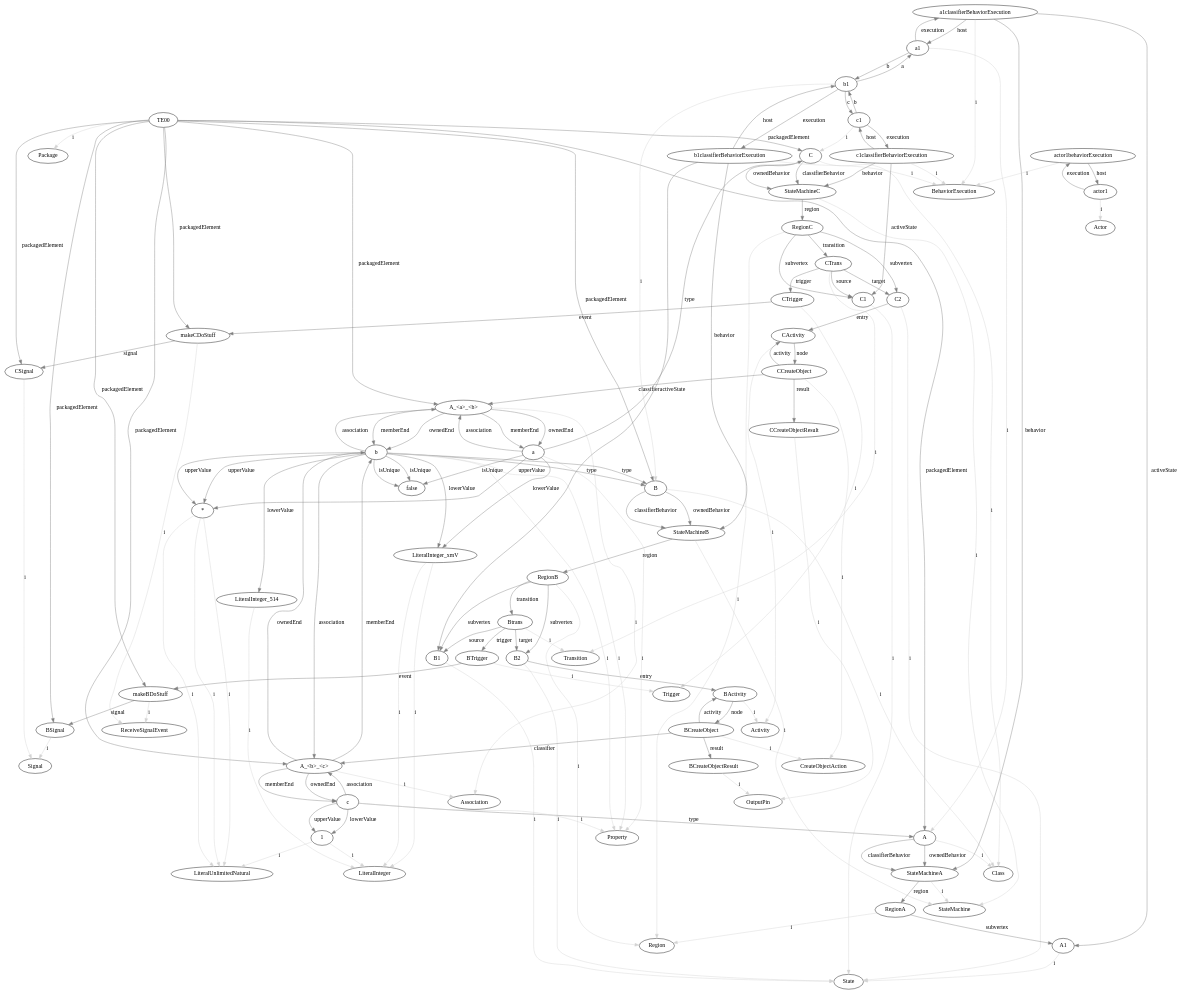
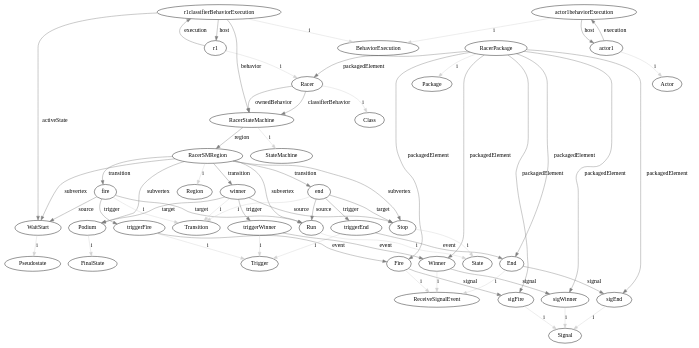
The diagram in GraphOutputs/state0.dot (luisneiva/graf-framework), drawn with Graphviz before and after one commit. The commit also changed 13 other files, not shown here.

```diff
--- a/GraphOutputs/state0.dot
+++ b/GraphOutputs/state0.dot
@@ -1,143 +1,64 @@
 digraph umlMetamodel {
-	"TE00" -> "Package" [label="i", color="lightgrey"]
-	"TE00" -> "C" [label="packagedElement", color="grey"]
-	"C" -> "Class" [label="i", color="lightgrey"]
-	"C" -> "StateMachineC" [label="classifierBehavior", color="grey"]
-	"C" -> "StateMachineC" [label="ownedBehavior", color="grey"]
-	"StateMachineC" -> "StateMachine" [label="i", color="lightgrey"]
-	"StateMachineC" -> "RegionC" [label="region", color="grey"]
-	"RegionC" -> "Region" [label="i", color="lightgrey"]
-	"RegionC" -> "C1" [label="subvertex", color="grey"]
-	"C1" -> "State" [label="i", color="lightgrey"]
-	"RegionC" -> "C2" [label="subvertex", color="grey"]
-	"C2" -> "State" [label="i", color="lightgrey"]
-	"C2" -> "CActivity" [label="entry", color="grey"]
-	"CActivity" -> "Activity" [label="i", color="lightgrey"]
-	"CActivity" -> "CCreateObject" [label="node", color="grey"]
-	"CCreateObject" -> "CActivity" [label="activity", color="grey"]
-	"CCreateObject" -> "CreateObjectAction" [label="i", color="lightgrey"]
-	"CCreateObject" -> "A_<a>_<b>" [label="classifier", color="grey"]
-	"CCreateObject" -> "CCreateObjectResult" [label="result", color="grey"]
-	"CCreateObjectResult" -> "OutputPin" [label="i", color="lightgrey"]
-	"RegionC" -> "CTrans" [label="transition", color="grey"]
-	"CTrans" -> "Transition" [label="i", color="lightgrey"]
-	"CTrans" -> "C1" [label="source", color="grey"]
-	"CTrans" -> "C2" [label="target", color="grey"]
-	"CTrans" -> "CTrigger" [label="trigger", color="grey"]
-	"CTrigger" -> "Trigger" [label="i", color="lightgrey"]
-	"CTrigger" -> "makeCDoStuff" [label="event", color="grey"]
-	"TE00" -> "B" [label="packagedElement", color="grey"]
-	"B" -> "Class" [label="i", color="lightgrey"]
-	"B" -> "StateMachineB" [label="classifierBehavior", color="grey"]
-	"B" -> "StateMachineB" [label="ownedBehavior", color="grey"]
-	"StateMachineB" -> "StateMachine" [label="i", color="lightgrey"]
-	"StateMachineB" -> "RegionB" [label="region", color="grey"]
-	"RegionB" -> "Region" [label="i", color="lightgrey"]
-	"RegionB" -> "B1" [label="subvertex", color="grey"]
-	"B1" -> "State" [label="i", color="lightgrey"]
-	"RegionB" -> "B2" [label="subvertex", color="grey"]
-	"B2" -> "State" [label="i", color="lightgrey"]
-	"B2" -> "BActivity" [label="entry", color="grey"]
-	"BActivity" -> "Activity" [label="i", color="lightgrey"]
-	"BActivity" -> "BCreateObject" [label="node", color="grey"]
-	"BCreateObject" -> "BActivity" [label="activity", color="grey"]
-	"BCreateObject" -> "CreateObjectAction" [label="i", color="lightgrey"]
-	"BCreateObject" -> "A_<b>_<c>" [label="classifier", color="grey"]
-	"BCreateObject" -> "BCreateObjectResult" [label="result", color="grey"]
-	"BCreateObjectResult" -> "OutputPin" [label="i", color="lightgrey"]
-	"RegionB" -> "Btrans" [label="transition", color="grey"]
-	"Btrans" -> "Transition" [label="i", color="lightgrey"]
-	"Btrans" -> "B1" [label="source", color="grey"]
-	"Btrans" -> "B2" [label="target", color="grey"]
-	"Btrans" -> "BTrigger" [label="trigger", color="grey"]
-	"BTrigger" -> "Trigger" [label="i", color="lightgrey"]
-	"BTrigger" -> "makeBDoStuff" [label="event", color="grey"]
-	"TE00" -> "A" [label="packagedElement", color="grey"]
-	"A" -> "Class" [label="i", color="lightgrey"]
-	"A" -> "StateMachineA" [label="classifierBehavior", color="grey"]
-	"A" -> "StateMachineA" [label="ownedBehavior", color="grey"]
-	"StateMachineA" -> "StateMachine" [label="i", color="lightgrey"]
-	"StateMachineA" -> "RegionA" [label="region", color="grey"]
-	"RegionA" -> "Region" [label="i", color="lightgrey"]
-	"RegionA" -> "A1" [label="subvertex", color="grey"]
-	"A1" -> "State" [label="i", color="lightgrey"]
-	"TE00" -> "A_<a>_<b>" [label="packagedElement", color="grey"]
-	"A_<a>_<b>" -> "Association" [label="i", color="lightgrey"]
-	"A_<a>_<b>" -> "a" [label="memberEnd", color="grey"]
-	"A_<a>_<b>" -> "b" [label="memberEnd", color="grey"]
-	"A_<a>_<b>" -> "a" [label="ownedEnd", color="grey"]
-	"a" -> "Property" [label="i", color="lightgrey"]
-	"a" -> "C" [label="type", color="grey"]
-	"a" -> "false" [label="isUnique", color="grey"]
-	"a" -> "A_<a>_<b>" [label="association", color="grey"]
-	"a" -> "*" [label="upperValue", color="grey"]
-	"*" -> "LiteralUnlimitedNatural" [label="i", color="lightgrey"]
-	"a" -> "LiteralInteger_xmV" [label="lowerValue", color="grey"]
-	"LiteralInteger_xmV" -> "LiteralInteger" [label="i", color="lightgrey"]
-	"A_<a>_<b>" -> "b" [label="ownedEnd", color="grey"]
-	"b" -> "Property" [label="i", color="lightgrey"]
-	"b" -> "B" [label="type", color="grey"]
-	"b" -> "false" [label="isUnique", color="grey"]
-	"b" -> "A_<a>_<b>" [label="association", color="grey"]
-	"b" -> "*" [label="upperValue", color="grey"]
-	"*" -> "LiteralUnlimitedNatural" [label="i", color="lightgrey"]
-	"b" -> "LiteralInteger_xmV" [label="lowerValue", color="grey"]
-	"LiteralInteger_xmV" -> "LiteralInteger" [label="i", color="lightgrey"]
-	"TE00" -> "A_<b>_<c>" [label="packagedElement", color="grey"]
-	"A_<b>_<c>" -> "Association" [label="i", color="lightgrey"]
-	"A_<b>_<c>" -> "b" [label="memberEnd", color="grey"]
-	"A_<b>_<c>" -> "c" [label="memberEnd", color="grey"]
-	"A_<b>_<c>" -> "b" [label="ownedEnd", color="grey"]
-	"b" -> "Property" [label="i", color="lightgrey"]
-	"b" -> "B" [label="type", color="grey"]
-	"b" -> "false" [label="isUnique", color="grey"]
-	"b" -> "A_<b>_<c>" [label="association", color="grey"]
-	"b" -> "*" [label="upperValue", color="grey"]
-	"*" -> "LiteralUnlimitedNatural" [label="i", color="lightgrey"]
-	"b" -> "LiteralInteger_514" [label="lowerValue", color="grey"]
-	"LiteralInteger_514" -> "LiteralInteger" [label="i", color="lightgrey"]
-	"A_<b>_<c>" -> "c" [label="ownedEnd", color="grey"]
-	"c" -> "Property" [label="i", color="lightgrey"]
-	"c" -> "A" [label="type", color="grey"]
-	"c" -> "A_<b>_<c>" [label="association", color="grey"]
-	"c" -> "1" [label="upperValue", color="grey"]
-	"1" -> "LiteralUnlimitedNatural" [label="i", color="lightgrey"]
-	"c" -> "1" [label="lowerValue", color="grey"]
-	"1" -> "LiteralInteger" [label="i", color="lightgrey"]
-	"TE00" -> "BSignal" [label="packagedElement", color="grey"]
-	"BSignal" -> "Signal" [label="i", color="lightgrey"]
-	"TE00" -> "makeBDoStuff" [label="packagedElement", color="grey"]
-	"makeBDoStuff" -> "ReceiveSignalEvent" [label="i", color="lightgrey"]
-	"makeBDoStuff" -> "BSignal" [label="signal", color="grey"]
-	"TE00" -> "CSignal" [label="packagedElement", color="grey"]
-	"CSignal" -> "Signal" [label="i", color="lightgrey"]
-	"TE00" -> "makeCDoStuff" [label="packagedElement", color="grey"]
-	"makeCDoStuff" -> "ReceiveSignalEvent" [label="i", color="lightgrey"]
-	"makeCDoStuff" -> "CSignal" [label="signal", color="grey"]
-	"a1" -> "A" [label="i", color="lightgrey"]
-	"a1classifierBehaviorExecution" -> "BehaviorExecution" [label="i", color="lightgrey"]
-	"a1" -> "a1classifierBehaviorExecution" [label="execution", color="grey"]
-	"a1classifierBehaviorExecution" -> "a1" [label="host", color="grey"]
-	"a1classifierBehaviorExecution" -> "StateMachineA" [label="behavior", color="grey"]
-	"a1classifierBehaviorExecution" -> "A1" [label="activeState", color="grey"]
-	"b1" -> "B" [label="i", color="lightgrey"]
-	"b1classifierBehaviorExecution" -> "BehaviorExecution" [label="i", color="lightgrey"]
-	"b1" -> "b1classifierBehaviorExecution" [label="execution", color="grey"]
-	"b1classifierBehaviorExecution" -> "b1" [label="host", color="grey"]
-	"b1classifierBehaviorExecution" -> "StateMachineB" [label="behavior", color="grey"]
-	"b1classifierBehaviorExecution" -> "B1" [label="activeState", color="grey"]
-	"c1" -> "C" [label="i", color="lightgrey"]
-	"c1classifierBehaviorExecution" -> "BehaviorExecution" [label="i", color="lightgrey"]
-	"c1" -> "c1classifierBehaviorExecution" [label="execution", color="grey"]
-	"c1classifierBehaviorExecution" -> "c1" [label="host", color="grey"]
-	"c1classifierBehaviorExecution" -> "StateMachineC" [label="behavior", color="grey"]
-	"c1classifierBehaviorExecution" -> "C1" [label="activeState", color="grey"]
-	"a1" -> "b1" [label="b", color="grey"]
-	"b1" -> "a1" [label="a", color="grey"]
-	"b1" -> "c1" [label="c", color="grey"]
-	"c1" -> "b1" [label="b", color="grey"]
+	"RacerPackage" -> "Package" [label="i", color="lightgrey"]
+	"RacerPackage" -> "Racer" [label="packagedElement", color="grey"]
+	"Racer" -> "Class" [label="i", color="lightgrey"]
+	"Racer" -> "RacerStateMachine" [label="classifierBehavior", color="grey"]
+	"Racer" -> "RacerStateMachine" [label="ownedBehavior", color="grey"]
+	"RacerStateMachine" -> "StateMachine" [label="i", color="lightgrey"]
+	"RacerStateMachine" -> "RacerSMRegion" [label="region", color="grey"]
+	"RacerSMRegion" -> "Region" [label="i", color="lightgrey"]
+	"RacerSMRegion" -> "WaitStart" [label="subvertex", color="grey"]
+	"WaitStart" -> "Pseudostate" [label="i", color="lightgrey"]
+	"RacerSMRegion" -> "Run" [label="subvertex", color="grey"]
+	"Run" -> "State" [label="i", color="lightgrey"]
+	"RacerSMRegion" -> "Stop" [label="subvertex", color="grey"]
+	"Stop" -> "State" [label="i", color="lightgrey"]
+	"RacerSMRegion" -> "Podium" [label="subvertex", color="grey"]
+	"Podium" -> "FinalState" [label="i", color="lightgrey"]
+	"RacerSMRegion" -> "fire" [label="transition", color="grey"]
+	"fire" -> "Transition" [label="i", color="lightgrey"]
+	"fire" -> "WaitStart" [label="source", color="grey"]
+	"fire" -> "Run" [label="target", color="grey"]
+	"fire" -> "triggerFire" [label="trigger", color="grey"]
+	"triggerFire" -> "Trigger" [label="i", color="lightgrey"]
+	"triggerFire" -> "Fire" [label="event", color="grey"]
+	"RacerSMRegion" -> "end" [label="transition", color="grey"]
+	"end" -> "Transition" [label="i", color="lightgrey"]
+	"end" -> "Run" [label="source", color="grey"]
+	"end" -> "Stop" [label="target", color="grey"]
+	"end" -> "triggerEnd" [label="trigger", color="grey"]
+	"triggerEnd" -> "Trigger" [label="i", color="lightgrey"]
+	"triggerEnd" -> "End" [label="event", color="grey"]
+	"RacerSMRegion" -> "winner" [label="transition", color="grey"]
+	"winner" -> "Transition" [label="i", color="lightgrey"]
+	"winner" -> "Stop" [label="source", color="grey"]
+	"winner" -> "Podium" [label="target", color="grey"]
+	"winner" -> "triggerWinner" [label="trigger", color="grey"]
+	"triggerWinner" -> "Trigger" [label="i", color="lightgrey"]
+	"triggerWinner" -> "Winner" [label="event", color="grey"]
+	"RacerPackage" -> "sigFire" [label="packagedElement", color="grey"]
+	"sigFire" -> "Signal" [label="i", color="lightgrey"]
+	"RacerPackage" -> "Fire" [label="packagedElement", color="grey"]
+	"Fire" -> "ReceiveSignalEvent" [label="i", color="lightgrey"]
+	"Fire" -> "sigFire" [label="signal", color="grey"]
+	"RacerPackage" -> "sigEnd" [label="packagedElement", color="grey"]
+	"sigEnd" -> "Signal" [label="i", color="lightgrey"]
+	"RacerPackage" -> "End" [label="packagedElement", color="grey"]
+	"End" -> "ReceiveSignalEvent" [label="i", color="lightgrey"]
+	"End" -> "sigEnd" [label="signal", color="grey"]
+	"RacerPackage" -> "sigWinner" [label="packagedElement", color="grey"]
+	"sigWinner" -> "Signal" [label="i", color="lightgrey"]
+	"RacerPackage" -> "Winner" [label="packagedElement", color="grey"]
+	"Winner" -> "ReceiveSignalEvent" [label="i", color="lightgrey"]
+	"Winner" -> "sigWinner" [label="signal", color="grey"]
+	"r1" -> "Racer" [label="i", color="lightgrey"]
+	"r1classifierBehaviorExecution" -> "BehaviorExecution" [label="i", color="lightgrey"]
+	"r1" -> "r1classifierBehaviorExecution" [label="execution", color="grey"]
+	"r1classifierBehaviorExecution" -> "r1" [label="host", color="grey"]
+	"r1classifierBehaviorExecution" -> "RacerStateMachine" [label="behavior", color="grey"]
+	"r1classifierBehaviorExecution" -> "WaitStart" [label="activeState", color="grey"]
 	"actor1" -> "Actor" [label="i", color="lightgrey"]
 	"actor1behaviorExecution" -> "BehaviorExecution" [label="i", color="lightgrey"]
 	"actor1" -> "actor1behaviorExecution" [label="execution", color="grey"]
 	"actor1behaviorExecution" -> "actor1" [label="host", color="grey"]
 }
```
